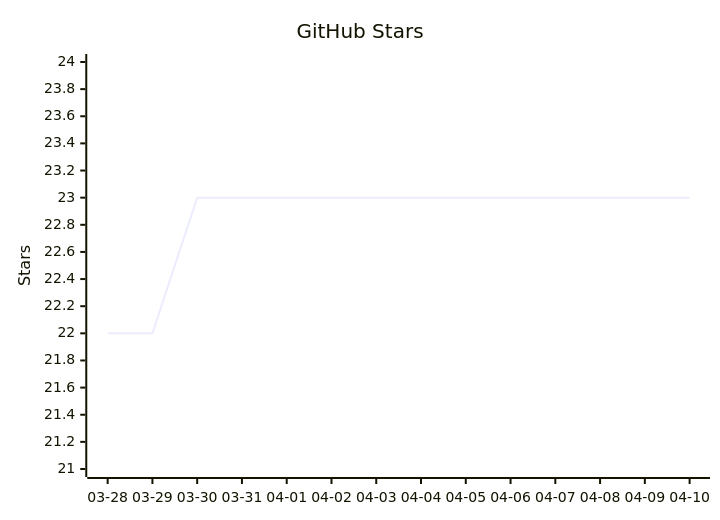
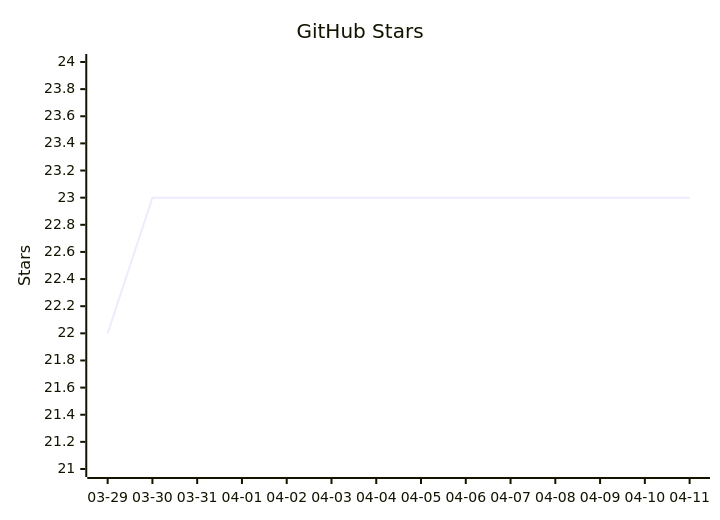
One commit to vectie/moonclaw changed the diagram in README.mbt.md. Above: the diagram before and after it, drawn with Mermaid. The commit also changed other lines of this file and 1 other file, not shown here.

Commit message:
Update README star growth

````diff
--- a/README.mbt.md
+++ b/README.mbt.md
@@ -448,7 +448,7 @@
 ```mermaid
 xychart-beta
     title "GitHub Stars"
-    x-axis ["03-28","03-29","03-30","03-31","04-01","04-02","04-03","04-04","04-05","04-06","04-07","04-08","04-09","04-10"]
+    x-axis ["03-29","03-30","03-31","04-01","04-02","04-03","04-04","04-05","04-06","04-07","04-08","04-09","04-10","04-11"]
     y-axis "Stars" 21 --> 24
-    line [22,22,23,23,23,23,23,23,23,23,23,23,23,23]
+    line [22,23,23,23,23,23,23,23,23,23,23,23,23,23]
 ```
````
